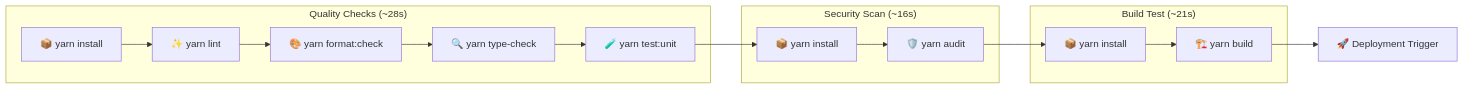
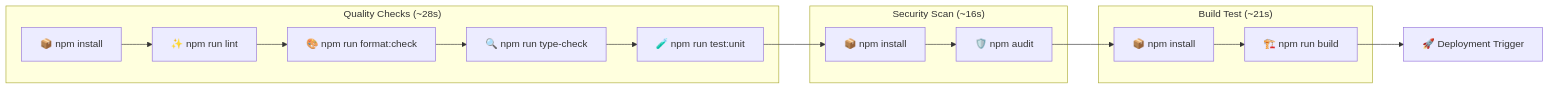
The third of 12 diagrams in docs/CI-CD.md (TellMeAlex/portfolio), drawn with Mermaid before and after one commit. The commit also changed other lines of this file and 13 other files, not shown here.

````diff
--- a/docs/CI-CD.md
+++ b/docs/CI-CD.md
@@ -50,27 +50,27 @@
 ```mermaid
 graph LR
     subgraph "Quality Checks (~28s)"
-        QC1[📦 yarn install]
-        QC2[✨ yarn lint]
-        QC3[🎨 yarn format:check]
-        QC4[🔍 yarn type-check]
-        QC5[🧪 yarn test:unit]
+        QC1[📦 npm install]
+        QC2[✨ npm run lint]
+        QC3[🎨 npm run format:check]
+        QC4[🔍 npm run type-check]
+        QC5[🧪 npm run test:unit]
         QC1 --> QC2 --> QC3 --> QC4 --> QC5
     end
 
     subgraph "Security Scan (~16s)"
-        SC1[📦 yarn install]
-        SC2[🛡️ yarn audit]
+        SC1[📦 npm install]
+        SC2[🛡️ npm audit]
         SC1 --> SC2
     end
 
     subgraph "Build Test (~21s)"
-        BT1[📦 yarn install]
-        BT2[🏗️ yarn build]
+        BT1[📦 npm install]
+        BT2[🏗️ npm run build]
         BT1 --> BT2
     end
 
     QC5 --> SC1
     SC2 --> BT1
     BT2 --> DT[🚀 Deployment Trigger]
 ```
````
